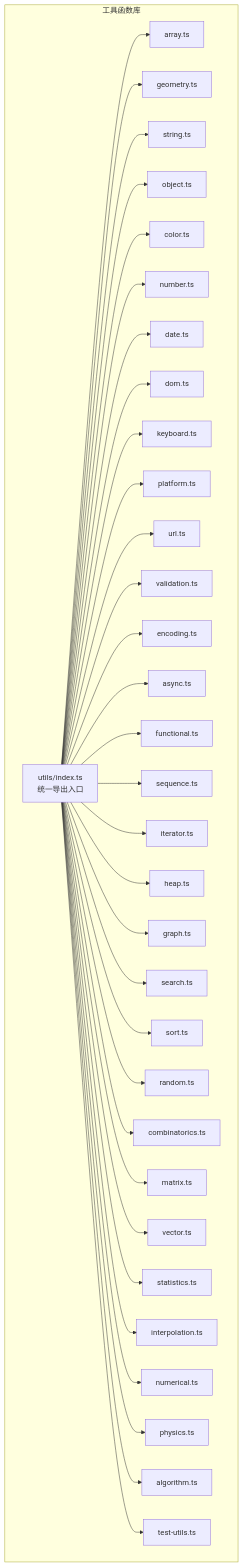
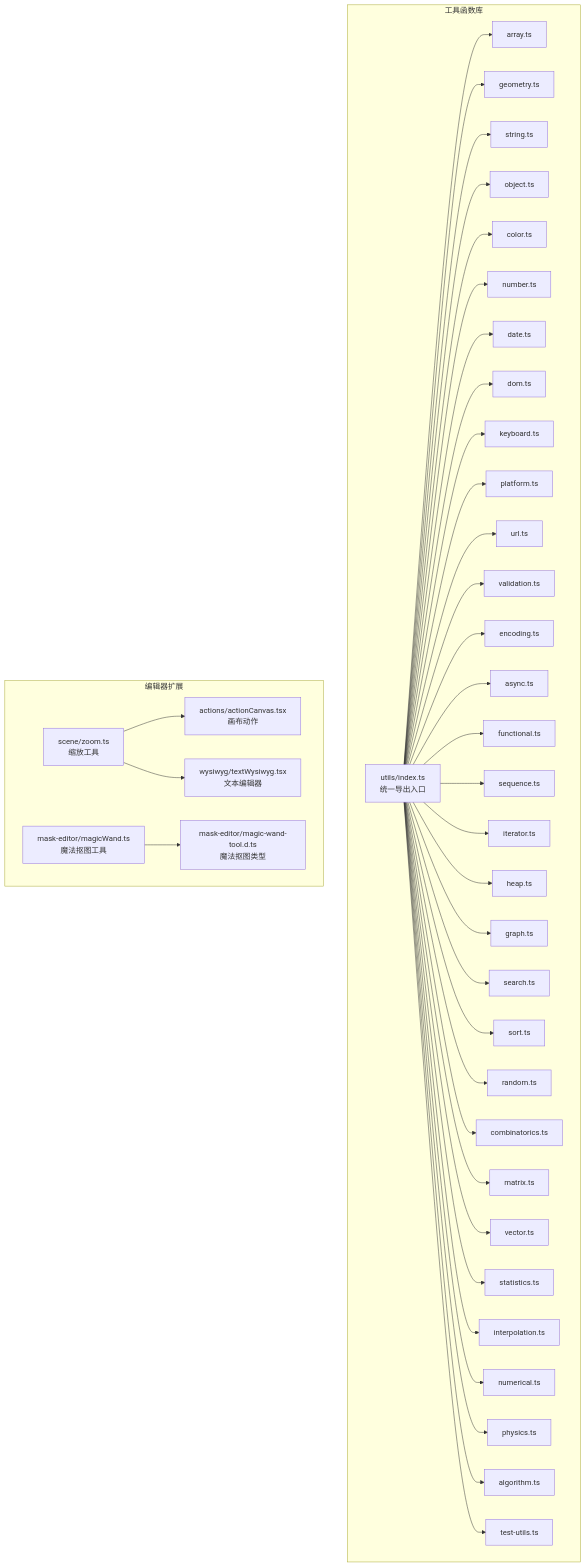
Before and after one commit to Az-qianchen/Excalidraw: the second of 3 diagrams in .qoder/repowiki/zh/content/API 参考/工具函数 API.md, drawn with Mermaid. The commit also changed other lines of this file and 60 other files, not shown here.

````diff
--- a/.qoder/repowiki/zh/content/API 参考/工具函数 API.md
+++ b/.qoder/repowiki/zh/content/API 参考/工具函数 API.md
@@ -202,68 +212,78 @@
 ```mermaid
 graph TB
 subgraph "工具函数库"
 U["utils/index.ts<br/>统一导出入口"]
 A["array.ts"]
 G["geometry.ts"]
 S["string.ts"]
 O["object.ts"]
 C["color.ts"]
 N["number.ts"]
 D["date.ts"]
 DOM["dom.ts"]
 K["keyboard.ts"]
 P["platform.ts"]
 URL["url.ts"]
 V["validation.ts"]
 E["encoding.ts"]
 AS["async.ts"]
 F["functional.ts"]
 SEQ["sequence.ts"]
 IT["iterator.ts"]
 H["heap.ts"]
 GR["graph.ts"]
 SE["search.ts"]
 SO["sort.ts"]
 R["random.ts"]
 COMB["combinatorics.ts"]
 M["matrix.ts"]
 VEC["vector.ts"]
 STAT["statistics.ts"]
 INT["interpolation.ts"]
 NUM["numerical.ts"]
 PHY["physics.ts"]
 ALG["algorithm.ts"]
 TU["test-utils.ts"]
 end
+subgraph "编辑器扩展"
+Z["scene/zoom.ts<br/>缩放工具"]
+TW["wysiwyg/textWysiwyg.tsx<br/>文本编辑器"]
+AC["actions/actionCanvas.tsx<br/>画布动作"]
+MW["mask-editor/magicWand.ts<br/>魔法抠图工具"]
+MT["mask-editor/magic-wand-tool.d.ts<br/>魔法抠图类型"]
+end
 U --> A
 U --> G
 U --> S
 U --> O
 U --> C
 U --> N
 U --> D
 U --> DOM
 U --> K
 U --> P
 U --> URL
 U --> V
 U --> E
 U --> AS
 U --> F
 U --> SEQ
 U --> IT
 U --> H
 U --> GR
 U --> SE
 U --> SO
 U --> R
 U --> COMB
 U --> M
 U --> VEC
 U --> STAT
 U --> INT
 U --> NUM
 U --> PHY
 U --> ALG
 U --> TU
+Z --> AC
+Z --> TW
+MW --> MT
 ```
````
